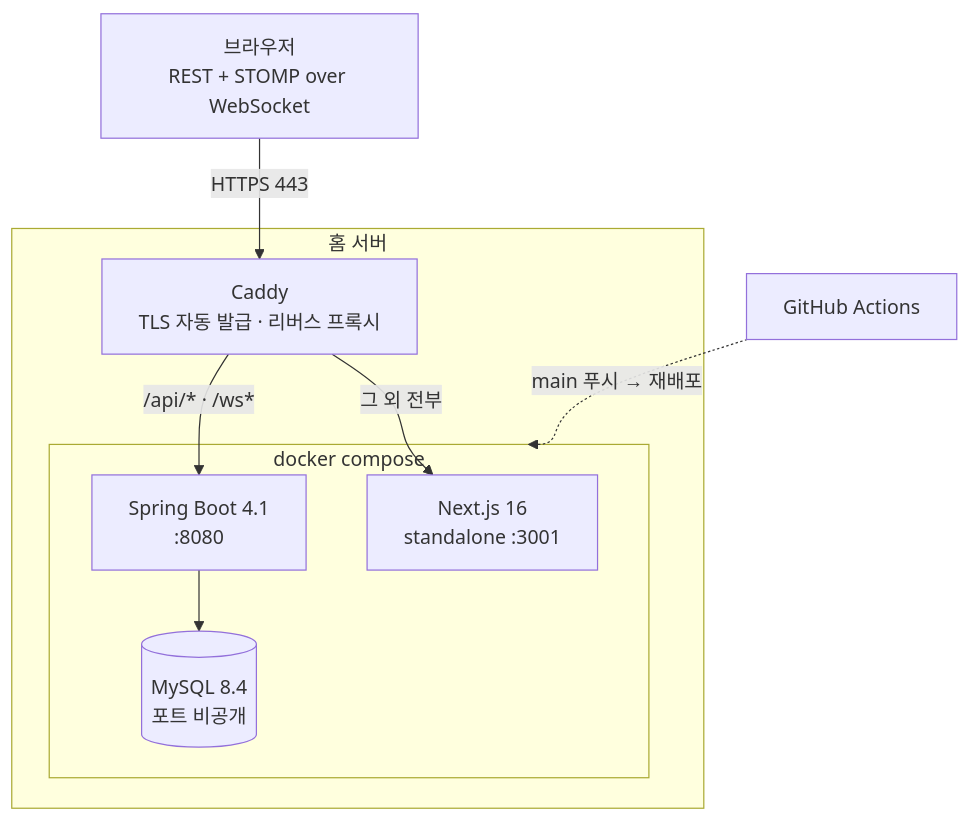
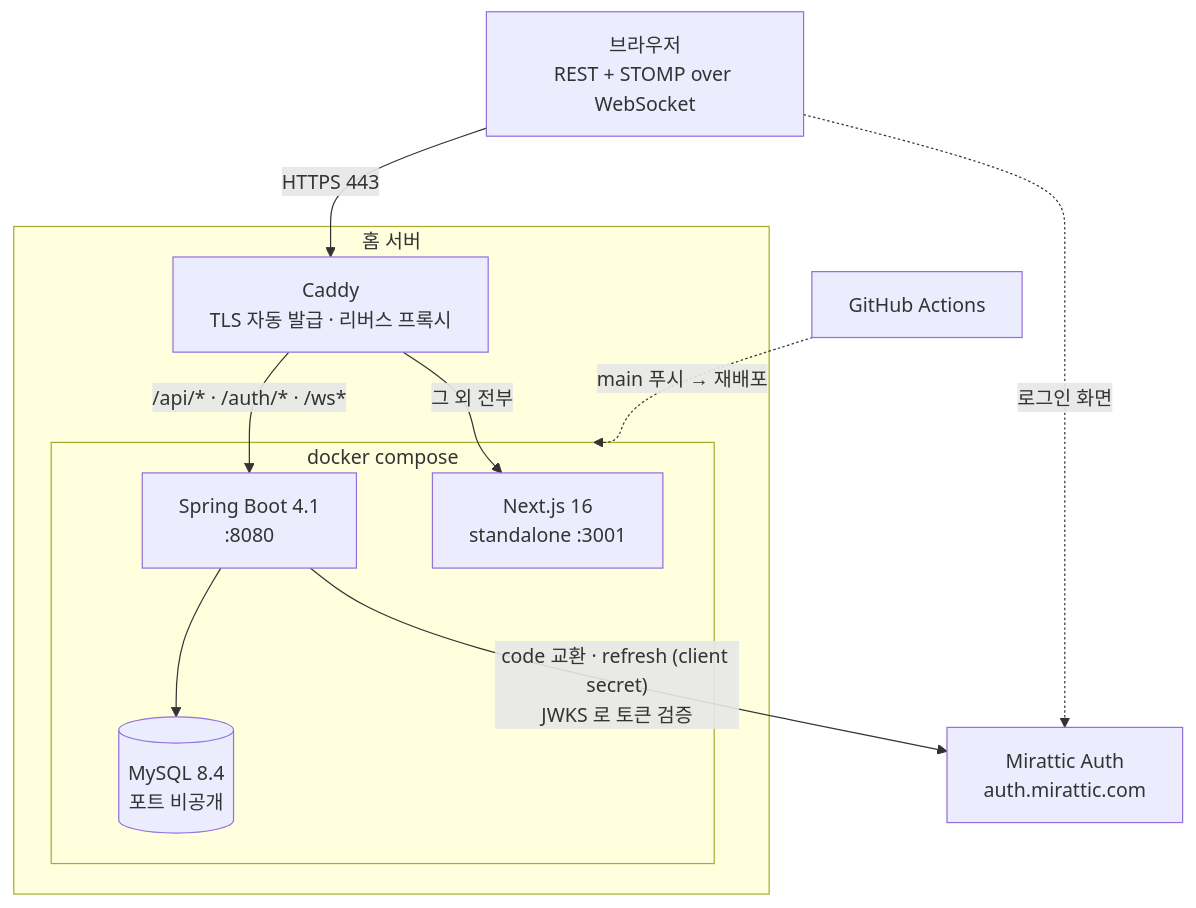
One commit to G1Se0k/MiratticFlow changed the diagram in README.md. Above: the diagram before and after it, drawn with Mermaid. The commit also changed other lines of this file and 76 other files, not shown here.

````diff
--- a/README.md
+++ b/README.md
@@ -41,21 +41,24 @@
 ```mermaid
 flowchart TB
     B["브라우저<br/>REST + STOMP over WebSocket"]
 
     subgraph host["홈 서버"]
         CA["Caddy<br/>TLS 자동 발급 · 리버스 프록시"]
         subgraph compose["docker compose"]
             FE["Next.js 16<br/>standalone :3001"]
             BE["Spring Boot 4.1<br/>:8080"]
             DB[("MySQL 8.4<br/>포트 비공개")]
         end
     end
 
     GH["GitHub Actions"]
 
     B -->|"HTTPS 443"| CA
-    CA -->|"/api/* · /ws*"| BE
+    CA -->|"/api/* · /auth/* · /ws*"| BE
     CA -->|"그 외 전부"| FE
     BE --> DB
     GH -.->|"main 푸시 → 재배포"| compose
+    AU["Mirattic Auth<br/>auth.mirattic.com"]
+    B -.->|"로그인 화면"| AU
+    BE -->|"code 교환 · refresh (client secret)<br/>JWKS 로 토큰 검증"| AU
 ```
````
